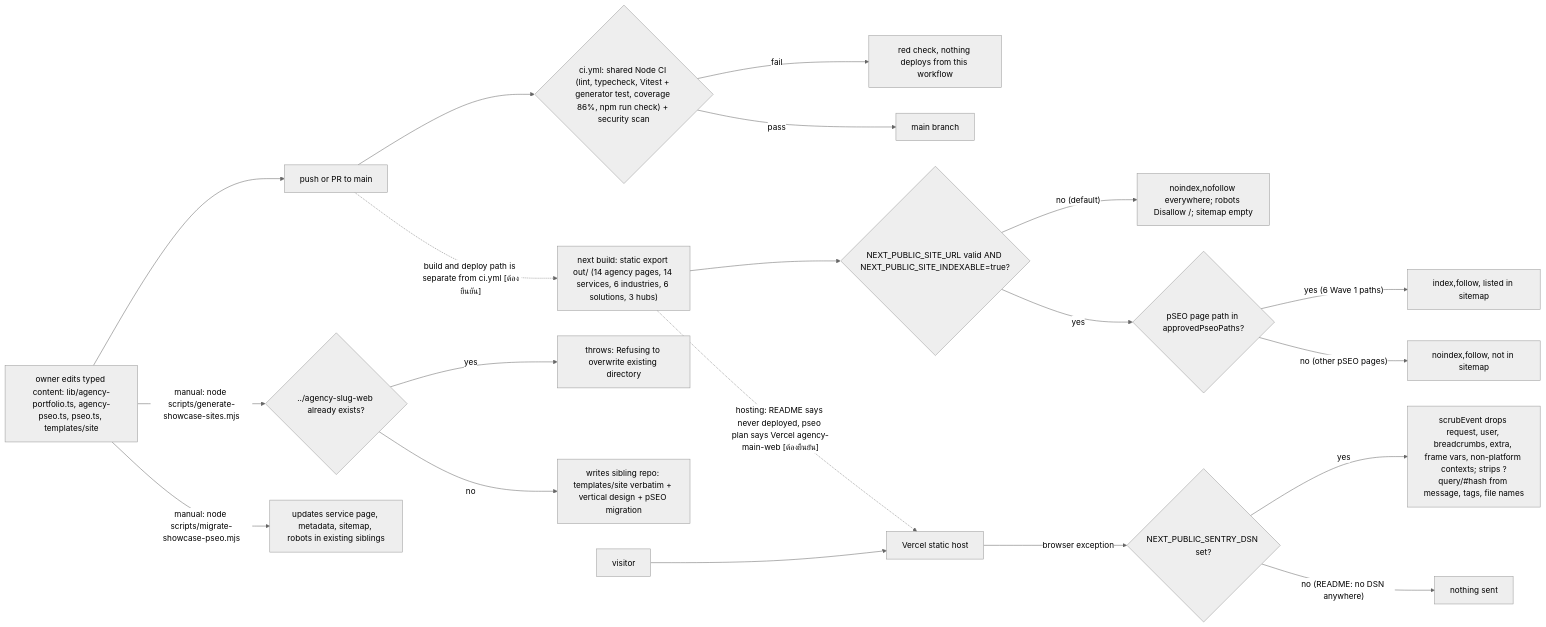
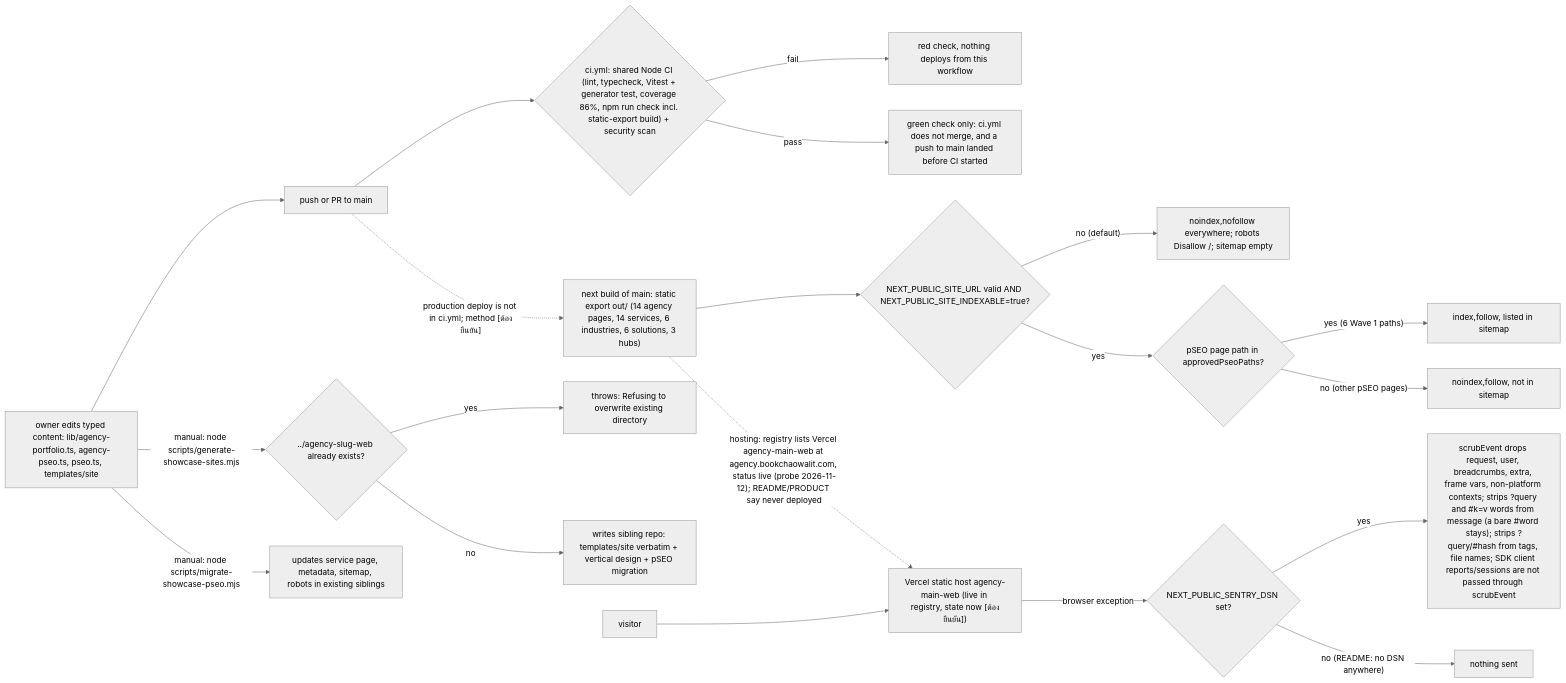
The first of 2 diagrams in docs/diagrams/01-business-process.md (bookchaowalit-agency/agency-main-web), drawn with Mermaid (neutral theme) before and after one commit. The commit also changed other lines of this file, not shown here.

````diff
--- a/docs/diagrams/01-business-process.md
+++ b/docs/diagrams/01-business-process.md
@@ -9,22 +9,22 @@
 ```mermaid
 flowchart LR
   OWNER["owner edits typed content: lib/agency-portfolio.ts, agency-pseo.ts, pseo.ts, templates/site"] --> PUSH["push or PR to main"]
-  PUSH --> CI{"ci.yml: shared Node CI (lint, typecheck, Vitest + generator test, coverage 86%, npm run check) + security scan"}
+  PUSH --> CI{"ci.yml: shared Node CI (lint, typecheck, Vitest + generator test, coverage 86%, npm run check incl. static-export build) + security scan"}
   CI -->|fail| RED["red check, nothing deploys from this workflow"]
-  CI -->|pass| MAIN["main branch"]
+  CI -->|pass| GREEN["green check only: ci.yml does not merge, and a push to main landed before CI started"]
   OWNER -->|"manual: node scripts/generate-showcase-sites.mjs"| EXISTS{"../agency-slug-web already exists?"}
   EXISTS -->|yes| REFUSE["throws: Refusing to overwrite existing directory"]
   EXISTS -->|no| SIBLING["writes sibling repo: templates/site verbatim + vertical design + pSEO migration"]
   OWNER -->|"manual: node scripts/migrate-showcase-pseo.mjs"| UPDATE["updates service page, metadata, sitemap, robots in existing siblings"]
-  PUSH -.->|"build and deploy path is separate from ci.yml [ต้องยืนยัน]"| BUILD["next build: static export out/ (14 agency pages, 14 services, 6 industries, 6 solutions, 3 hubs)"]
+  PUSH -.->|"production deploy is not in ci.yml; method [ต้องยืนยัน]"| BUILD["next build of main: static export out/ (14 agency pages, 14 services, 6 industries, 6 solutions, 3 hubs)"]
   BUILD --> GATE{"NEXT_PUBLIC_SITE_URL valid AND NEXT_PUBLIC_SITE_INDEXABLE=true?"}
   GATE -->|"no (default)"| NOIDX["noindex,nofollow everywhere; robots Disallow /; sitemap empty"]
   GATE -->|yes| PAGE{"pSEO page path in approvedPseoPaths?"}
   PAGE -->|"yes (6 Wave 1 paths)"| IDX["index,follow, listed in sitemap"]
   PAGE -->|"no (other pSEO pages)"| FOLLOW["noindex,follow, not in sitemap"]
-  BUILD -.->|"hosting: README says never deployed, pseo plan says Vercel agency-main-web [ต้องยืนยัน]"| HOST["Vercel static host"]
+  BUILD -.->|"hosting: registry lists Vercel agency-main-web at agency.bookchaowalit.com, status live (probe 2026-11-12); README/PRODUCT say never deployed"| HOST["Vercel static host agency-main-web (live in registry, state now [ต้องยืนยัน])"]
   VIS["visitor"] --> HOST
   HOST -->|"browser exception"| DSN{"NEXT_PUBLIC_SENTRY_DSN set?"}
-  DSN -->|"yes"| SENTRY["scrubEvent drops request, user, breadcrumbs, extra, frame vars, non-platform contexts; strips ?query/#hash from message, tags, file names"]
+  DSN -->|"yes"| SENTRY["scrubEvent drops request, user, breadcrumbs, extra, frame vars, non-platform contexts; strips ?query and #k=v words from message (a bare #word stays); strips ?query/#hash from tags, file names; SDK client reports/sessions are not passed through scrubEvent"]
   DSN -->|"no (README: no DSN anywhere)"| NONE["nothing sent"]
 ```
````
